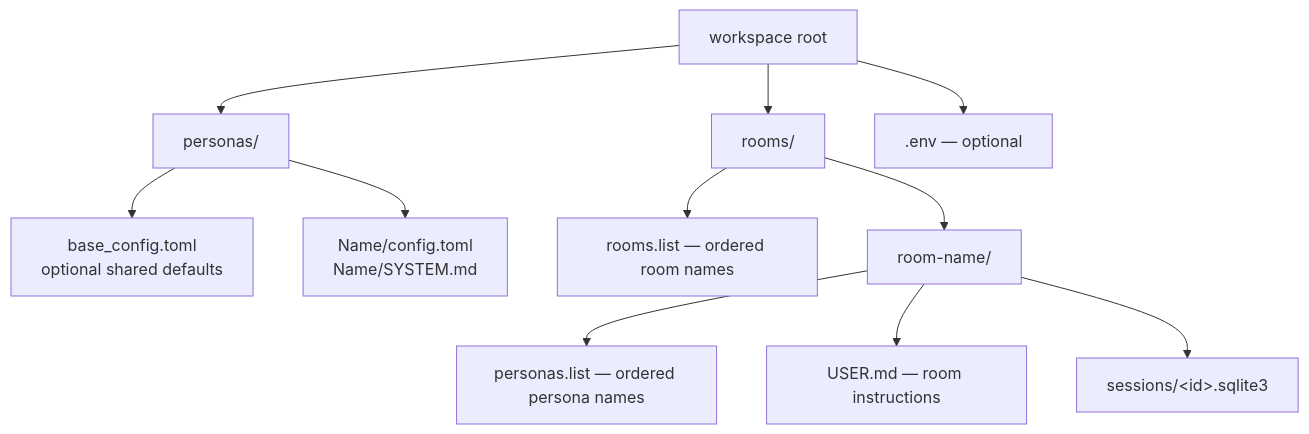
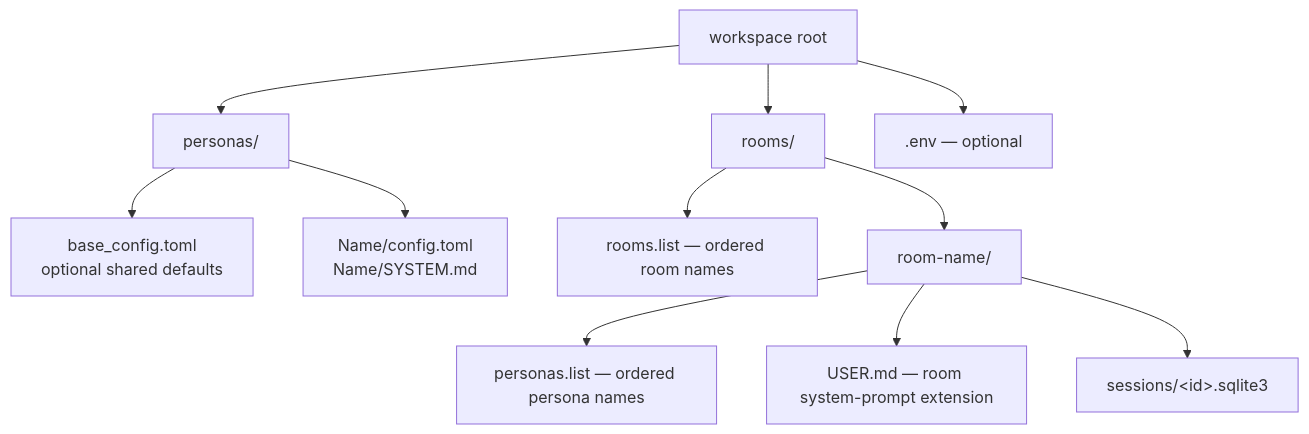
One commit to michaelpopov/cha changed the first of 4 diagrams in src/session/README.md. Above: the diagram before and after it, drawn with Mermaid. The commit also changed 15 other files, not shown here.

````diff
--- a/src/session/README.md
+++ b/src/session/README.md
@@ -22,13 +22,13 @@
 ```mermaid
 flowchart TD
     root["workspace root"] --> personas["personas/"]
     root --> rooms["rooms/"]
     root --> env[".env — optional"]
     personas --> base["base_config.toml<br/>optional shared defaults"]
     personas --> p1["Name/config.toml<br/>Name/SYSTEM.md"]
     rooms --> list["rooms.list — ordered room names"]
     rooms --> room["room-name/"]
     room --> plist["personas.list — ordered persona names"]
-    room --> user["USER.md — room instructions"]
+    room --> user["USER.md — room system-prompt extension"]
     room --> sessions["sessions/&lt;id&gt;.sqlite3"]
 ```
````
